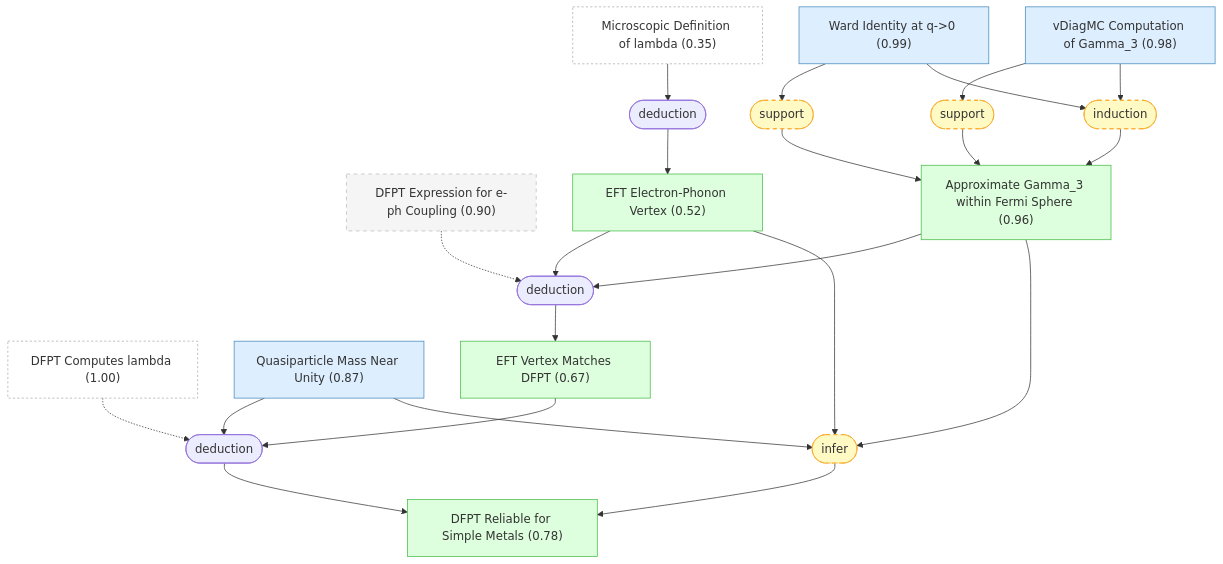
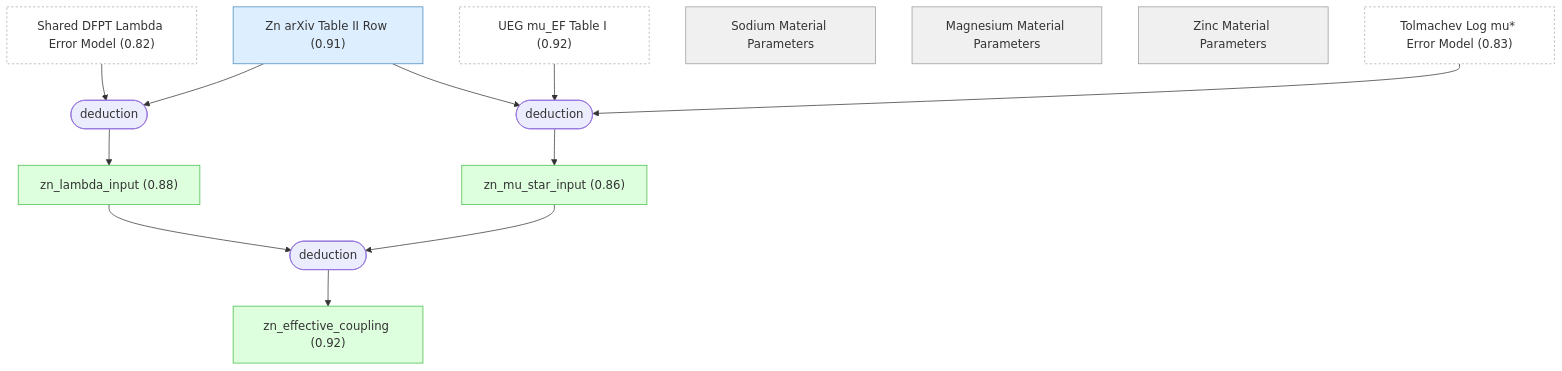
The tenth of 11 diagrams in docs/detailed-reasoning.md (kunyuan/SuperconductivityElectronLiquids.gaia), drawn with Mermaid before and after one commit. The commit also changed other lines of this file and 244 other files, not shown here.

````diff
--- a/docs/detailed-reasoning.md
+++ b/docs/detailed-reasoning.md
@@ -649,51 +956,36 @@
 ```mermaid
 graph TD
-    dfpt_computes_lambda["DFPT Computes lambda (1.00)"]:::external
-    lambda_microscopic_definition["Microscopic Definition of lambda (0.35)"]:::external
-    ward_identity["Ward Identity at q->0 (0.99)"]:::premise
-    gamma3_vdiagmc["vDiagMC Computation of Gamma_3 (0.98)"]:::premise
-    dfpt_eph_ansatz["DFPT Expression for e-ph Coupling (0.90)"]:::background
-    quasiparticle_mass_near_unity["Quasiparticle Mass Near Unity (0.87)"]:::premise
-    eft_eph_vertex["EFT Electron-Phonon Vertex (0.52)"]:::derived
-    gamma3_approximation["Approximate Gamma_3 within Fermi Sphere (0.96)"]:::derived
-    eft_vertex_matches_dfpt["EFT Vertex Matches DFPT (0.67)"]:::derived
-    dfpt_reliable_for_simple_metals["DFPT Reliable for Simple Metals (0.78)"]:::derived
-    strat_11(["deduction"])
-    lambda_microscopic_definition --> strat_11
-    strat_11 --> eft_eph_vertex
-    strat_12(["support"]):::weak
-    ward_identity --> strat_12
-    strat_12 --> gamma3_approximation
-    strat_13(["support"]):::weak
-    gamma3_vdiagmc --> strat_13
-    strat_13 --> gamma3_approximation
-    strat_14(["induction"]):::weak
-    ward_identity --> strat_14
-    gamma3_vdiagmc --> strat_14
-    strat_14 --> gamma3_approximation
-    strat_15(["deduction"])
-    eft_eph_vertex --> strat_15
-    gamma3_approximation --> strat_15
-    dfpt_eph_ansatz -.-> strat_15
-    strat_15 --> eft_vertex_matches_dfpt
-    strat_16(["deduction"])
-    eft_vertex_matches_dfpt --> strat_16
-    quasiparticle_mass_near_unity --> strat_16
-    dfpt_computes_lambda -.-> strat_16
-    strat_16 --> dfpt_reliable_for_simple_metals
-    strat_17(["infer"]):::weak
-    eft_eph_vertex --> strat_17
-    gamma3_approximation --> strat_17
-    quasiparticle_mass_near_unity --> strat_17
-    strat_17 --> dfpt_reliable_for_simple_metals
+    ueg_mu_ef_table_i["UEG mu_EF Table I (0.92)"]:::external
+    shared_dfpt_lambda_error_model["Shared DFPT Lambda Error Model (0.82)"]:::external
+    tolmachev_log_mu_star_error_model["Tolmachev Log mu#ast; Error Model (0.83)"]:::external
+    sodium_parameters["Sodium Material Parameters"]:::setting
+    magnesium_parameters["Magnesium Material Parameters"]:::setting
+    zinc_parameters["Zinc Material Parameters"]:::setting
+    zn_arxiv_table_row["Zn arXiv Table II Row (0.91)"]:::premise
+    zn_lambda_input["zn_lambda_input (0.88)"]:::derived
+    zn_mu_star_input["zn_mu_star_input (0.86)"]:::derived
+    zn_effective_coupling["zn_effective_coupling (0.92)"]:::derived
+    strat_21(["deduction"])
+    zn_arxiv_table_row --> strat_21
+    shared_dfpt_lambda_error_model --> strat_21
+    strat_21 --> zn_lambda_input
+    strat_22(["deduction"])
+    zn_arxiv_table_row --> strat_22
+    ueg_mu_ef_table_i --> strat_22
+    tolmachev_log_mu_star_error_model --> strat_22
+    strat_22 --> zn_mu_star_input
+    strat_23(["deduction"])
+    zn_lambda_input --> strat_23
+    zn_mu_star_input --> strat_23
+    strat_23 --> zn_effective_coupling
 
     classDef setting fill:#f0f0f0,stroke:#999,color:#333
     classDef premise fill:#ddeeff,stroke:#4488bb,color:#333
     classDef derived fill:#ddffdd,stroke:#44bb44,color:#333
     classDef question fill:#fff3dd,stroke:#cc9944,color:#333
     classDef background fill:#f5f5f5,stroke:#bbb,stroke-dasharray: 5 5,color:#333
     classDef orphan fill:#fff,stroke:#ccc,stroke-dasharray: 5 5,color:#333
     classDef external fill:#fff,stroke:#aaa,stroke-dasharray: 3 3,color:#333
     classDef weak fill:#fff9c4,stroke:#f9a825,stroke-dasharray: 5 5,color:#333
     classDef contra fill:#ffebee,stroke:#c62828,color:#333
 ```
````
